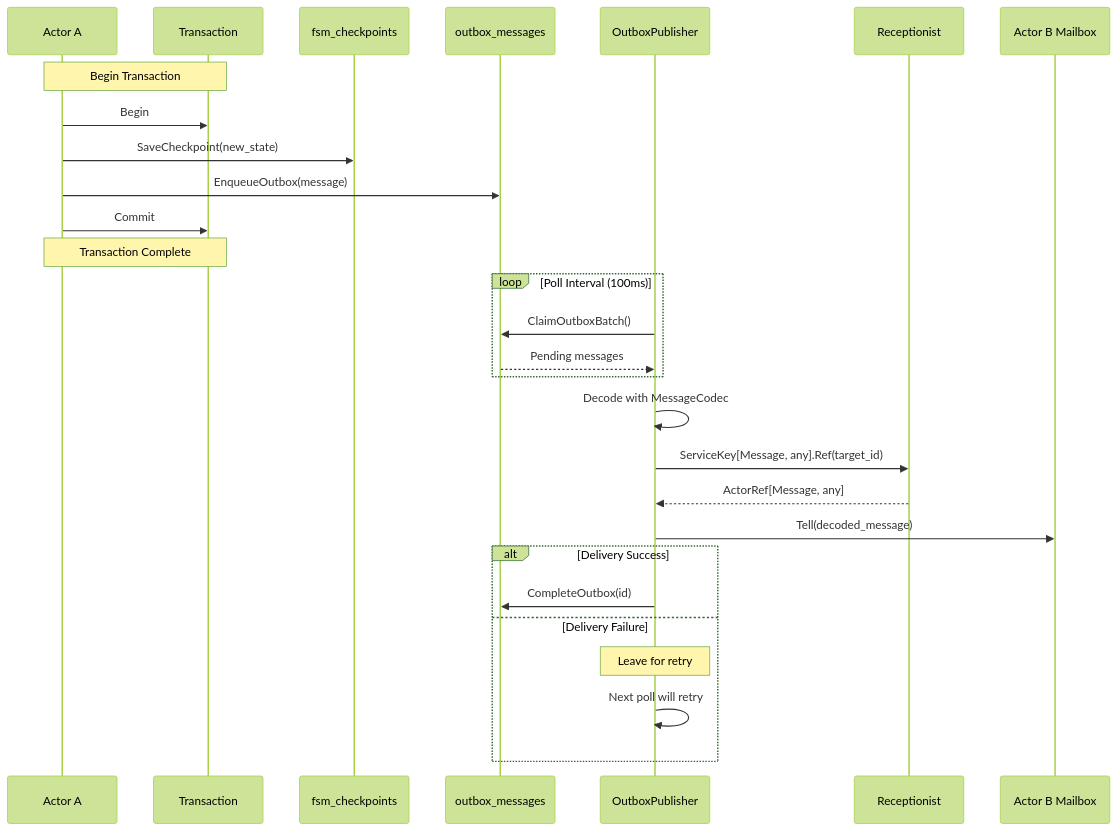
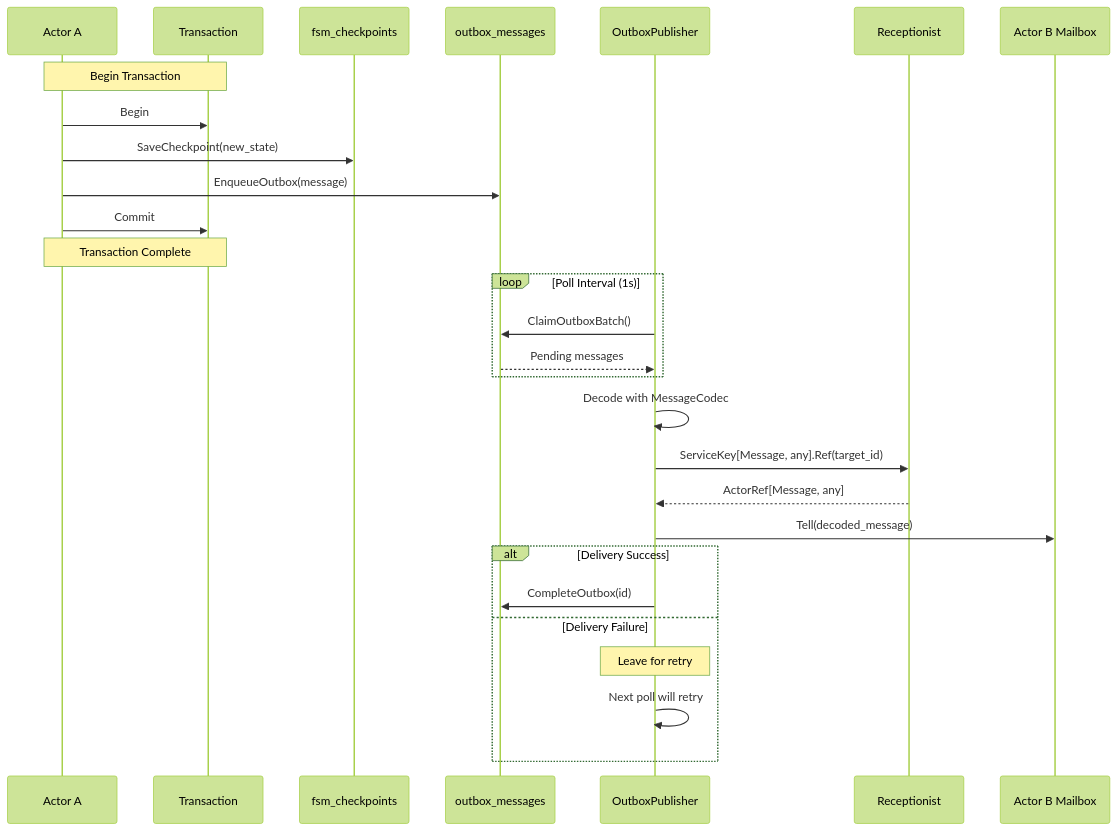
Before and after one commit to lightninglabs/wavelength: the second of 18 diagrams in docs/durable_actor_architecture.md, drawn with Mermaid (forest theme). The commit also changed other lines of this file and 23 other files, not shown here.

````diff
--- a/docs/durable_actor_architecture.md
+++ b/docs/durable_actor_architecture.md
@@ -85,34 +85,34 @@
 ```mermaid
 sequenceDiagram
     participant A as Actor A
     participant TX as Transaction
     participant FSM as fsm_checkpoints
     participant OB as outbox_messages
     participant P as OutboxPublisher
     participant R as Receptionist
     participant B as Actor B Mailbox
 
     Note over A,TX: Begin Transaction
     A->>TX: Begin
     A->>FSM: SaveCheckpoint(new_state)
     A->>OB: EnqueueOutbox(message)
     A->>TX: Commit
     Note over A,TX: Transaction Complete
 
-    loop Poll Interval (100ms)
+    loop Poll Interval (1s)
         P->>OB: ClaimOutboxBatch()
         OB-->>P: Pending messages
     end
 
     P->>P: Decode with MessageCodec
     P->>R: ServiceKey[Message, any].Ref(target_id)
     R-->>P: ActorRef[Message, any]
     P->>B: Tell(decoded_message)
 
     alt Delivery Success
         P->>OB: CompleteOutbox(id)
     else Delivery Failure
         Note over P: Leave for retry
         P->>P: Next poll will retry
     end
 ```
````
